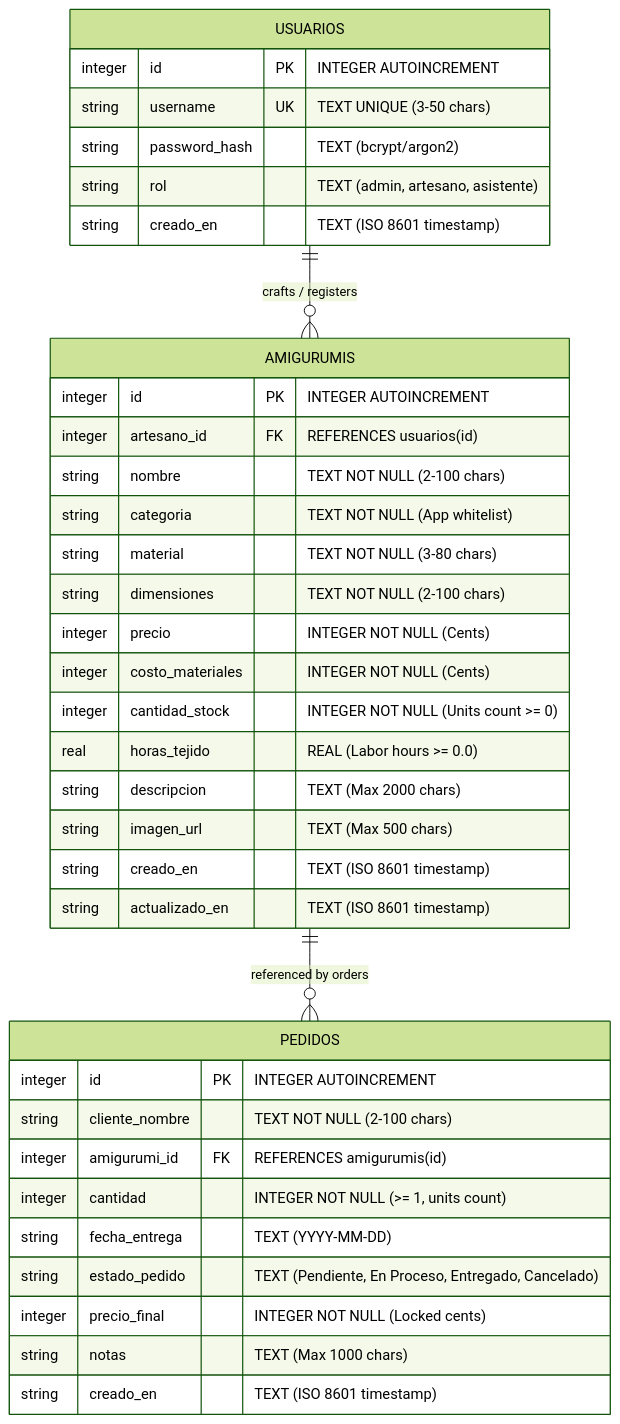
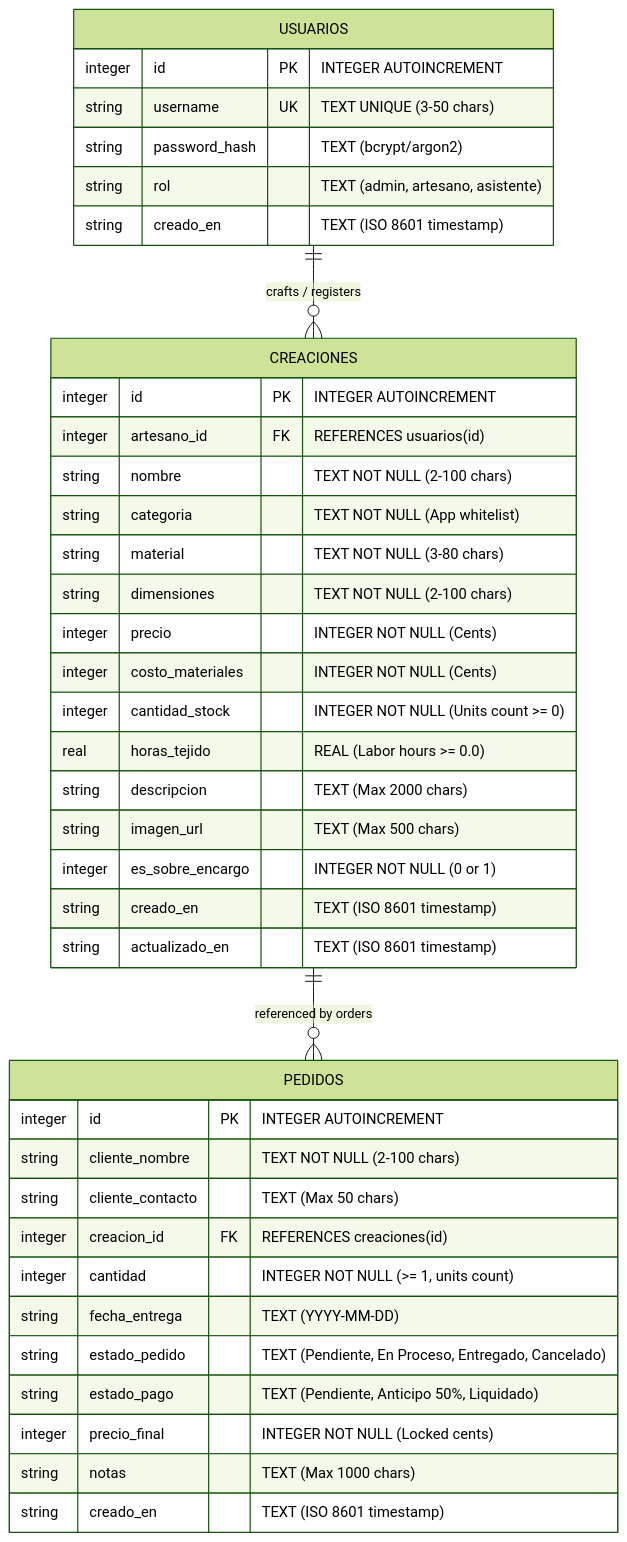
The diagram in docs/database-schema.md (AngelKero/amigurumi-manager), drawn with Mermaid (forest theme) before and after one commit. The commit also changed other lines of this file and 45 other files, not shown here.

Commit message:
refactor: rename amigurumi nomenclature to creaciones across modules, views, and components and add new creaciones management pages

````diff
--- a/docs/database-schema.md
+++ b/docs/database-schema.md
@@ -9,42 +9,45 @@
 ```mermaid
 erDiagram
     USUARIOS {
         integer id PK "INTEGER AUTOINCREMENT"
         string username UK "TEXT UNIQUE (3-50 chars)"
         string password_hash "TEXT (bcrypt/argon2)"
         string rol "TEXT (admin, artesano, asistente)"
         string creado_en "TEXT (ISO 8601 timestamp)"
     }
 
-    AMIGURUMIS {
+    CREACIONES {
         integer id PK "INTEGER AUTOINCREMENT"
         integer artesano_id FK "REFERENCES usuarios(id)"
         string nombre "TEXT NOT NULL (2-100 chars)"
         string categoria "TEXT NOT NULL (App whitelist)"
         string material "TEXT NOT NULL (3-80 chars)"
         string dimensiones "TEXT NOT NULL (2-100 chars)"
         integer precio "INTEGER NOT NULL (Cents)"
         integer costo_materiales "INTEGER NOT NULL (Cents)"
         integer cantidad_stock "INTEGER NOT NULL (Units count >= 0)"
         real horas_tejido "REAL (Labor hours >= 0.0)"
         string descripcion "TEXT (Max 2000 chars)"
         string imagen_url "TEXT (Max 500 chars)"
+        integer es_sobre_encargo "INTEGER NOT NULL (0 or 1)"
         string creado_en "TEXT (ISO 8601 timestamp)"
         string actualizado_en "TEXT (ISO 8601 timestamp)"
     }
 
     PEDIDOS {
         integer id PK "INTEGER AUTOINCREMENT"
         string cliente_nombre "TEXT NOT NULL (2-100 chars)"
-        integer amigurumi_id FK "REFERENCES amigurumis(id)"
+        string cliente_contacto "TEXT (Max 50 chars)"
+        integer creacion_id FK "REFERENCES creaciones(id)"
         integer cantidad "INTEGER NOT NULL (>= 1, units count)"
         string fecha_entrega "TEXT (YYYY-MM-DD)"
         string estado_pedido "TEXT (Pendiente, En Proceso, Entregado, Cancelado)"
+        string estado_pago "TEXT (Pendiente, Anticipo 50%, Liquidado)"
         integer precio_final "INTEGER NOT NULL (Locked cents)"
         string notas "TEXT (Max 1000 chars)"
         string creado_en "TEXT (ISO 8601 timestamp)"
     }
 
-    USUARIOS ||--o{ AMIGURUMIS : "crafts / registers"
-    AMIGURUMIS ||--o{ PEDIDOS : "referenced by orders"
+    USUARIOS ||--o{ CREACIONES : "crafts / registers"
+    CREACIONES ||--o{ PEDIDOS : "referenced by orders"
 ```
````
